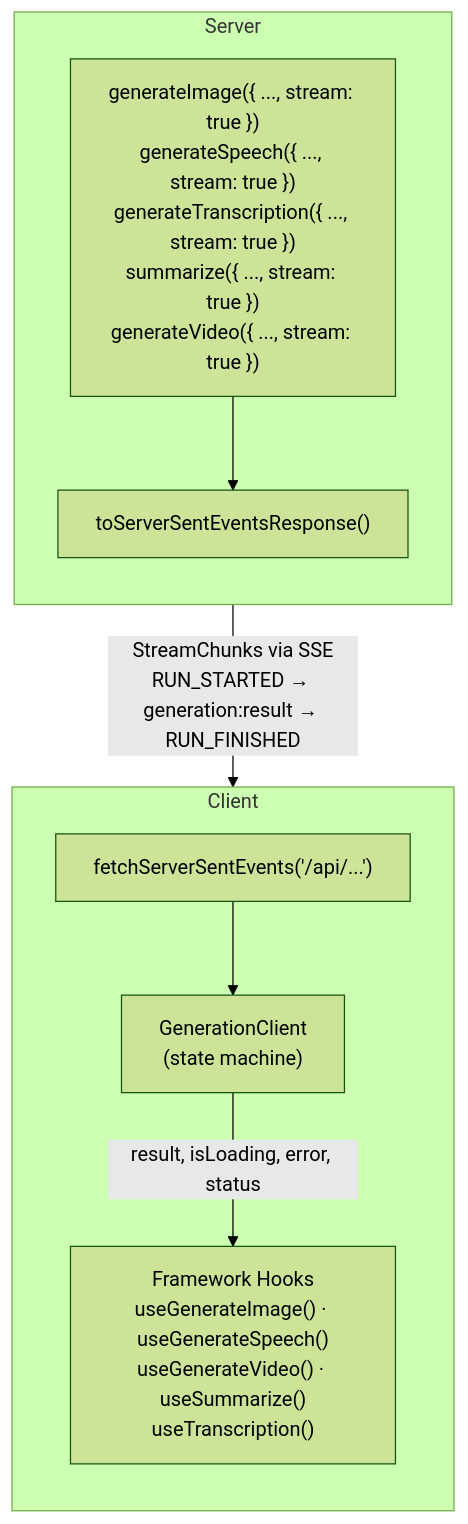
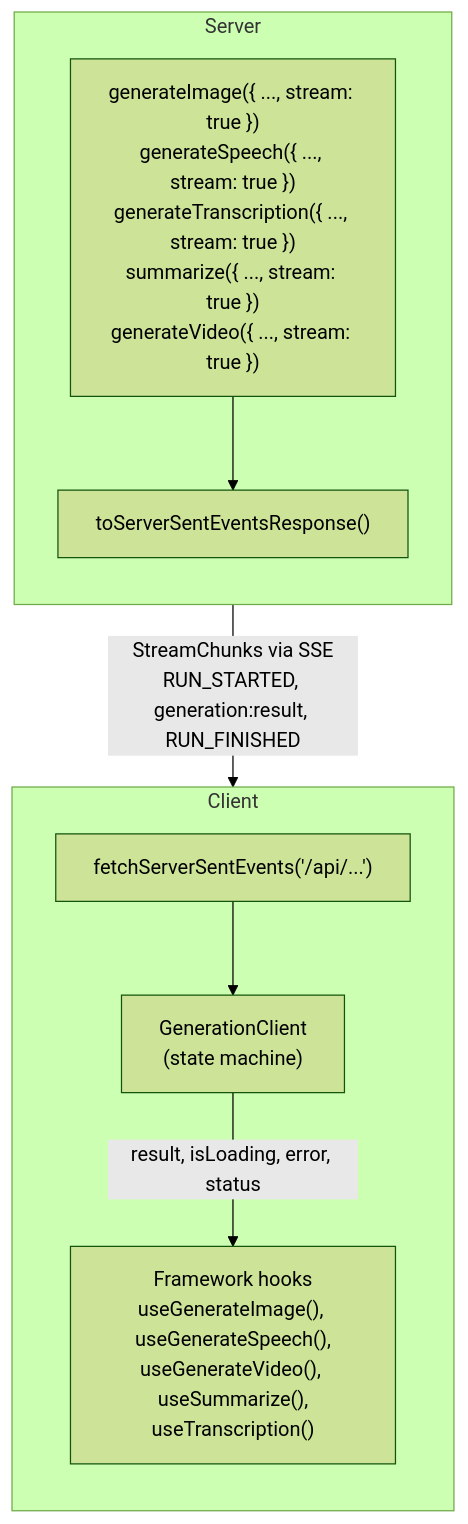
One commit to TanStack/ai changed the diagram in docs/media/generations.md. Above: the diagram before and after it, drawn with Mermaid (forest theme). The commit also changed other lines of this file and 253 other files, not shown here.

````diff
--- a/docs/media/generations.md
+++ b/docs/media/generations.md
@@ -307,29 +290,29 @@
 ```mermaid
 flowchart TB
   subgraph Server ["Server"]
     direction TB
     activities["generateImage({ ..., stream: true })
 generateSpeech({ ..., stream: true })
 generateTranscription({ ..., stream: true })
 summarize({ ..., stream: true })
 generateVideo({ ..., stream: true })"]
     transport["toServerSentEventsResponse()"]
     activities --> transport
   end
 
   transport -- "StreamChunks via SSE
-RUN_STARTED → generation:result → RUN_FINISHED" --> adapter
+RUN_STARTED, generation:result, RUN_FINISHED" --> adapter
 
   subgraph Client ["Client"]
     direction TB
     adapter["fetchServerSentEvents('/api/...')"]
     gc["GenerationClient
 (state machine)"]
-    hooks["Framework Hooks
-useGenerateImage() · useGenerateSpeech()
-useGenerateVideo() · useSummarize()
+    hooks["Framework hooks
+useGenerateImage(), useGenerateSpeech(),
+useGenerateVideo(), useSummarize(),
 useTranscription()"]
     adapter --> gc
     gc -- "result, isLoading, error, status" --> hooks
   end
 ```
````
